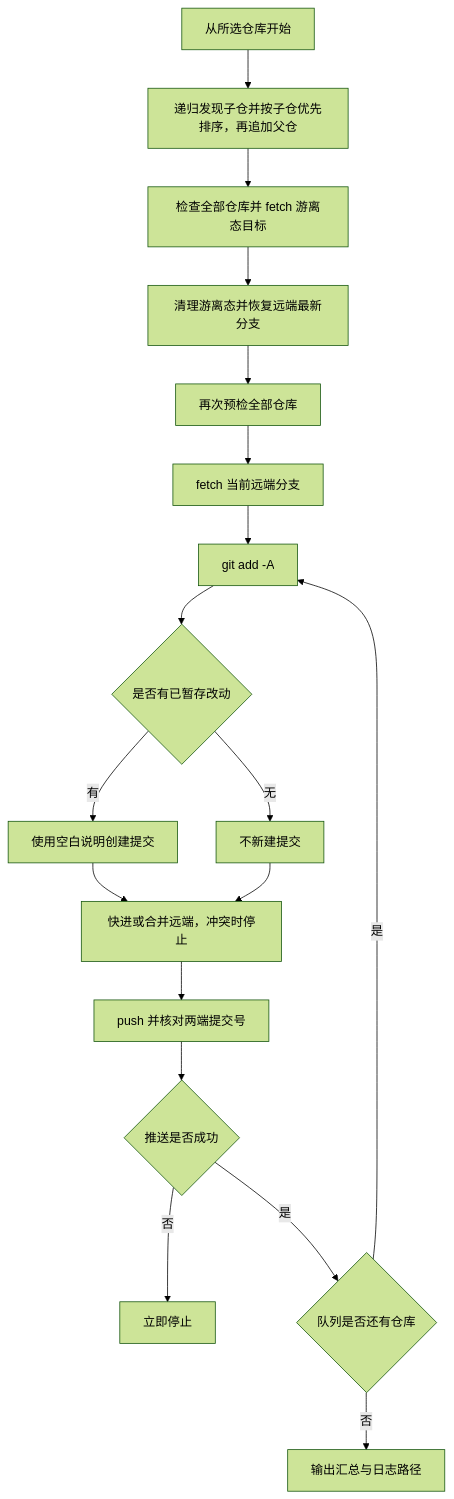
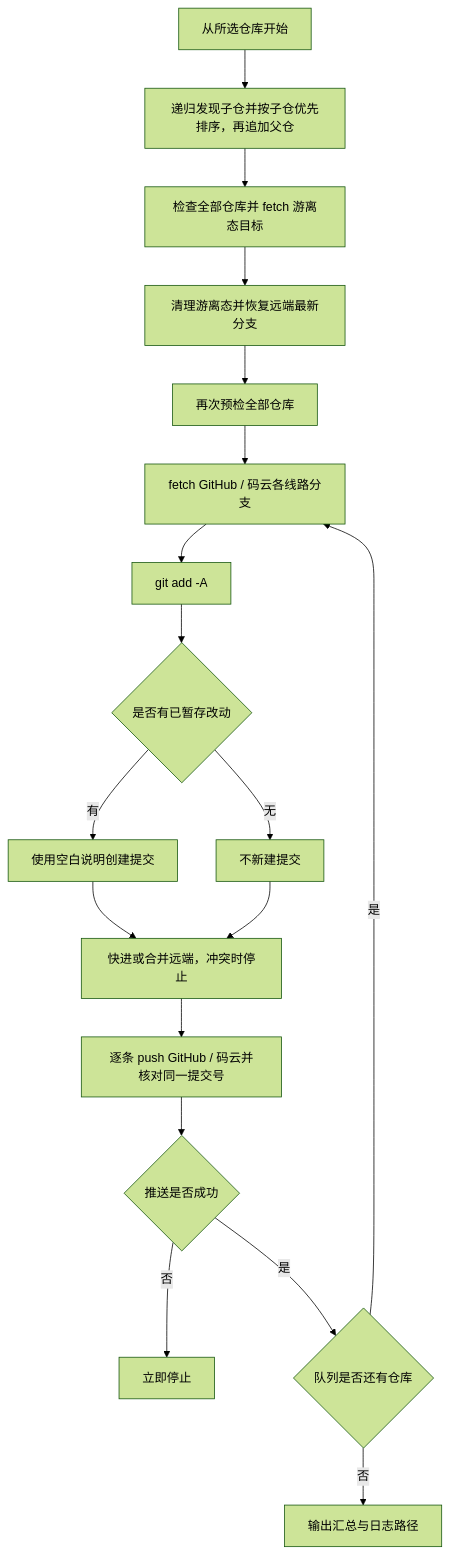
Before and after one commit to JobsKits/SourceTree.sh: the diagram in 【MacOS@SourceTree】🚀逐层空白提交并Push.command/README.md, drawn with Mermaid (forest theme). The commit also changed other lines of this file and 2 other files, not shown here.

````diff
--- a/【MacOS@SourceTree】🚀逐层空白提交并Push.command/README.md
+++ b/【MacOS@SourceTree】🚀逐层空白提交并Push.command/README.md
@@ -55,20 +55,20 @@
 ```mermaid
 flowchart TD
     A[从所选仓库开始] --> B[递归发现子仓并按子仓优先排序，再追加父仓]
     B --> C[检查全部仓库并 fetch 游离态目标]
     C --> R[清理游离态并恢复远端最新分支]
     R --> P[再次预检全部仓库]
-    P --> Q[fetch 当前远端分支]
+    P --> Q[fetch GitHub / 码云各线路分支]
     Q --> D[git add -A]
     D --> E{是否有已暂存改动}
     E -->|有| F[使用空白说明创建提交]
     E -->|无| G[不新建提交]
     F --> M[快进或合并远端，冲突时停止]
     G --> M
-    M --> H[push 并核对两端提交号]
+    M --> H[逐条 push GitHub / 码云并核对同一提交号]
     H --> I{推送是否成功}
     I -->|否| J[立即停止]
     I -->|是| K{队列是否还有仓库}
-    K -->|是| D
+    K -->|是| Q
     K -->|否| L[输出汇总与日志路径]
 ```
````
